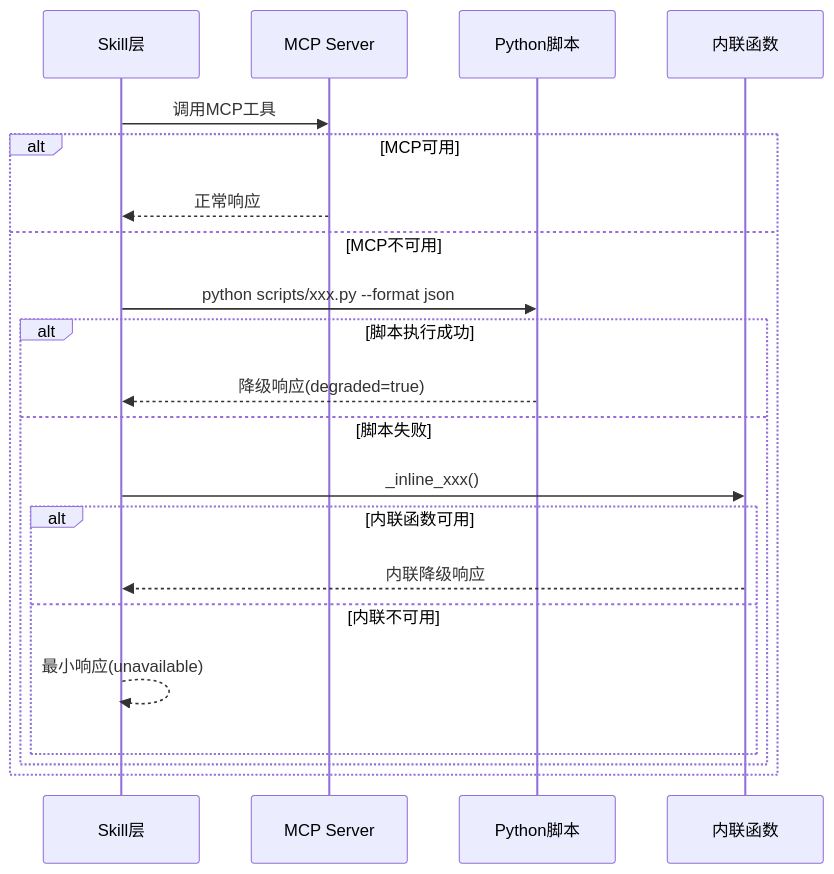
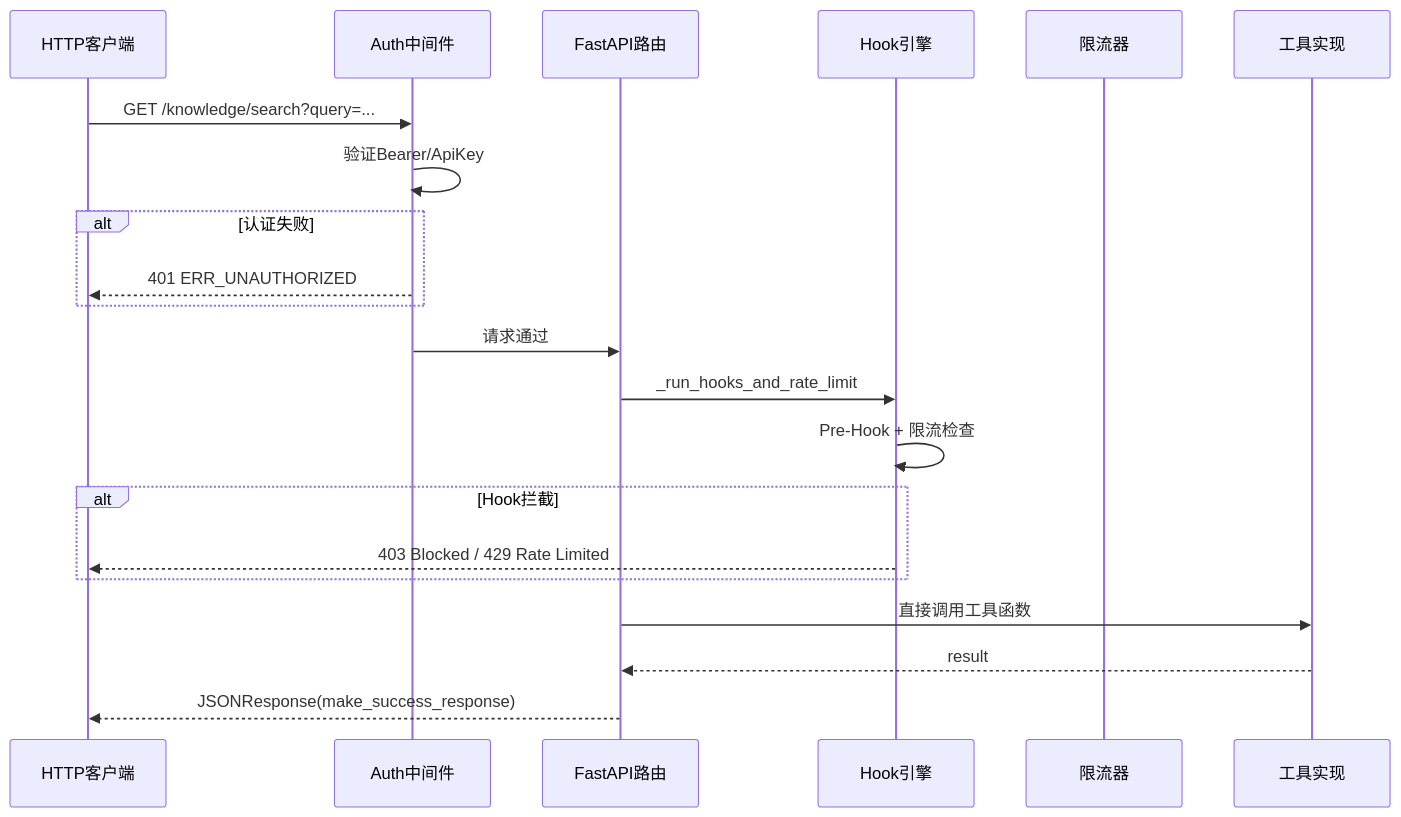
One commit to xuanyuanchumo/xuansto changed the third of 4 diagrams in docs/plan/ARCHITECTURE.md. Above: the diagram before and after it, drawn with Mermaid. The commit also changed other lines of this file and 138 other files, not shown here.

````diff
--- a/docs/plan/ARCHITECTURE.md
+++ b/docs/plan/ARCHITECTURE.md
@@ -538,27 +756,26 @@
 ```mermaid
 sequenceDiagram
-    participant Skill as Skill层
-    participant MCP as MCP Server
-    participant Script as Python脚本
-    participant Inline as 内联函数
+    participant Client as HTTP客户端
+    participant Auth as Auth中间件
+    participant API as FastAPI路由
+    participant Hook as Hook引擎
+    participant Rate as 限流器
+    participant Tool as 工具实现
 
-    Skill->>MCP: 调用MCP工具
-
-    alt MCP可用
-        MCP-->>Skill: 正常响应
-    else MCP不可用
-        Skill->>Script: python scripts/xxx.py --format json
-
-        alt 脚本执行成功
-            Script-->>Skill: 降级响应(degraded=true)
-        else 脚本失败
-            Skill->>Inline: _inline_xxx()
-
-            alt 内联函数可用
-                Inline-->>Skill: 内联降级响应
-            else 内联不可用
-                Skill-->>Skill: 最小响应(unavailable)
-            end
-        end
+    Client->>Auth: GET /knowledge/search?query=...
+    Auth->>Auth: 验证Bearer/ApiKey
+    alt 认证失败
+        Auth-->>Client: 401 ERR_UNAUTHORIZED
     end
+    
+    Auth->>API: 请求通过
+    API->>Hook: _run_hooks_and_rate_limit
+    Hook->>Hook: Pre-Hook + 限流检查
+    alt Hook拦截
+        Hook-->>Client: 403 Blocked / 429 Rate Limited
+    end
+    
+    API->>Tool: 直接调用工具函数
+    Tool-->>API: result
+    API-->>Client: JSONResponse(make_success_response)
 ```
````
